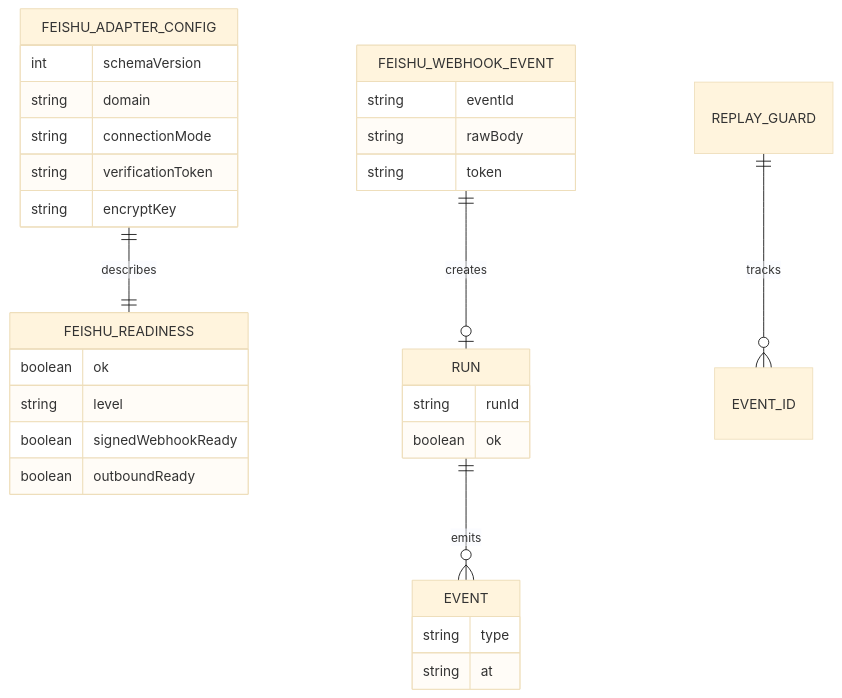
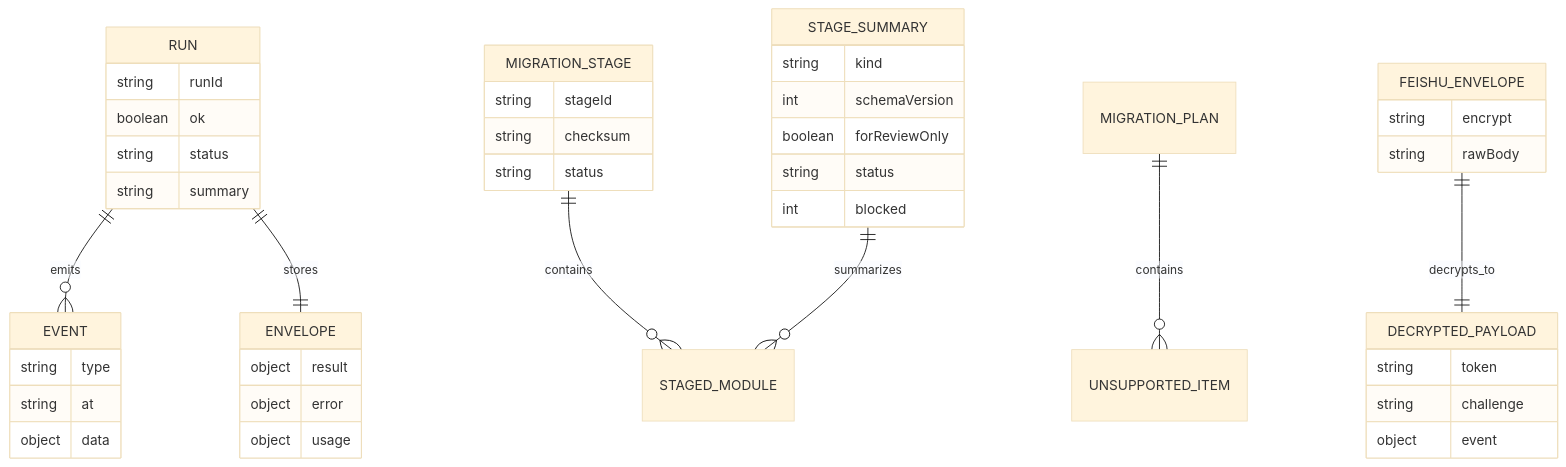
One commit to mayf3/myclaw changed the sixth of 8 diagrams in docs/implementation-architecture.md. Above: the diagram before and after it, drawn with Mermaid (base theme). The commit also changed other lines of this file and 30 other files, not shown here.

Commit message:
feat: support feishu encrypted challenge

````diff
--- a/docs/implementation-architecture.md
+++ b/docs/implementation-architecture.md
@@ -206,34 +199,17 @@
 ```mermaid
 erDiagram
-  FEISHU_ADAPTER_CONFIG ||--|| FEISHU_READINESS : describes
-  FEISHU_WEBHOOK_EVENT ||--o| RUN : creates
   RUN ||--o{ EVENT : emits
-  REPLAY_GUARD ||--o{ EVENT_ID : tracks
+  RUN ||--|| ENVELOPE : stores
+  MIGRATION_STAGE ||--o{ STAGED_MODULE : contains
+  MIGRATION_PLAN ||--o{ UNSUPPORTED_ITEM : contains
+  STAGE_SUMMARY ||--o{ STAGED_MODULE : summarizes
+  FEISHU_ENVELOPE ||--|| DECRYPTED_PAYLOAD : decrypts_to
 
-  FEISHU_ADAPTER_CONFIG {
-    int schemaVersion
-    string domain
-    string connectionMode
-    string verificationToken
-    string encryptKey
-  }
-  FEISHU_READINESS {
-    boolean ok
-    string level
-    boolean signedWebhookReady
-    boolean outboundReady
-  }
-  FEISHU_WEBHOOK_EVENT {
-    string eventId
-    string rawBody
-    string token
-  }
-  RUN {
-    string runId
-    boolean ok
-  }
-  EVENT {
-    string type
-    string at
-  }
+  RUN { string runId boolean ok string status string summary }
+  EVENT { string type string at object data }
+  ENVELOPE { object result object error object usage }
+  MIGRATION_STAGE { string stageId string checksum string status }
+  STAGE_SUMMARY { string kind int schemaVersion boolean forReviewOnly string status int blocked }
+  FEISHU_ENVELOPE { string encrypt string rawBody }
+  DECRYPTED_PAYLOAD { string token string challenge object event }
 ```
````
